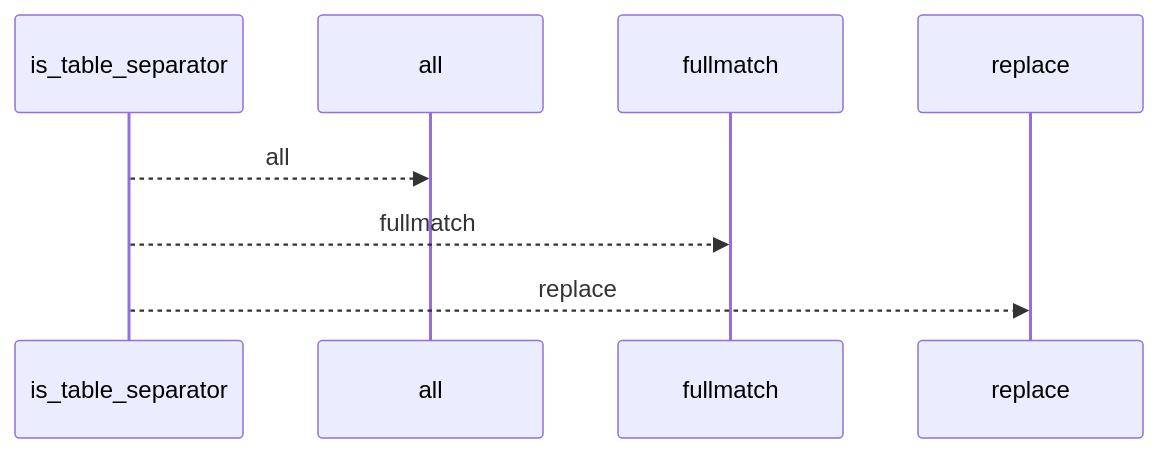
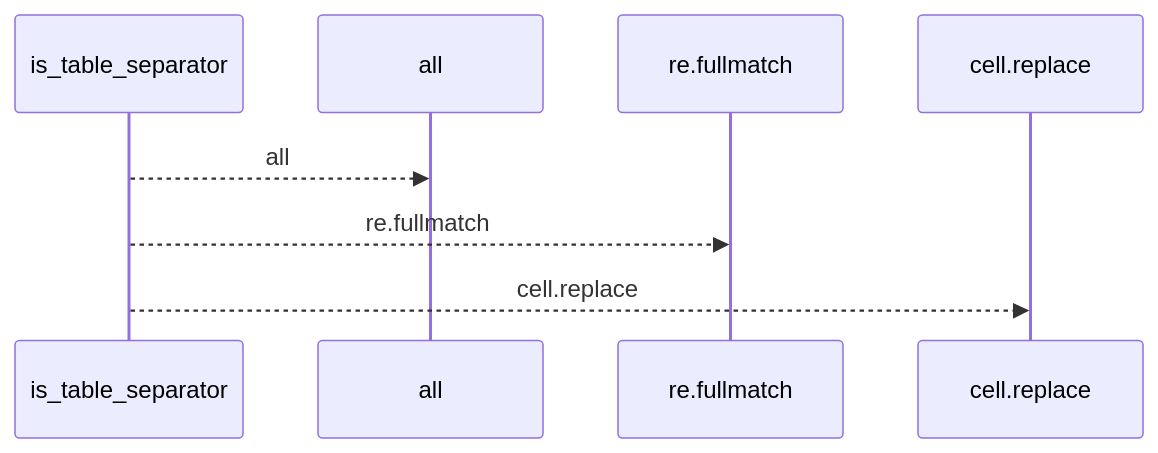
The first of 2 diagrams in docs/llm_wiki/flows/api-is_table_separator.md (Denissvgn/python-wiki-llm), drawn with Mermaid before and after one commit. The commit also changed other lines of this file and 719 other files, not shown here.

````diff
--- a/docs/llm_wiki/flows/api-is_table_separator.md
+++ b/docs/llm_wiki/flows/api-is_table_separator.md
@@ -10,10 +10,10 @@
 ```mermaid
 sequenceDiagram
     participant p0 as is_table_separator
     participant p1 as all
-    participant p2 as fullmatch
-    participant p3 as replace
+    participant p2 as re.fullmatch
+    participant p3 as cell.replace
     p0-->>p1: all
-    p0-->>p2: fullmatch
-    p0-->>p3: replace
+    p0-->>p2: re.fullmatch
+    p0-->>p3: cell.replace
 ```
````
